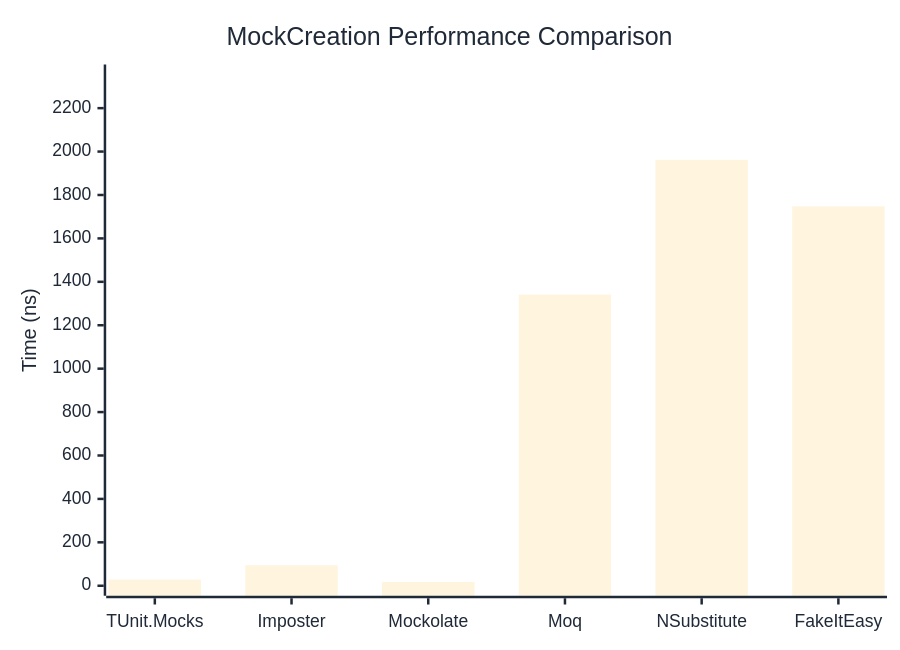
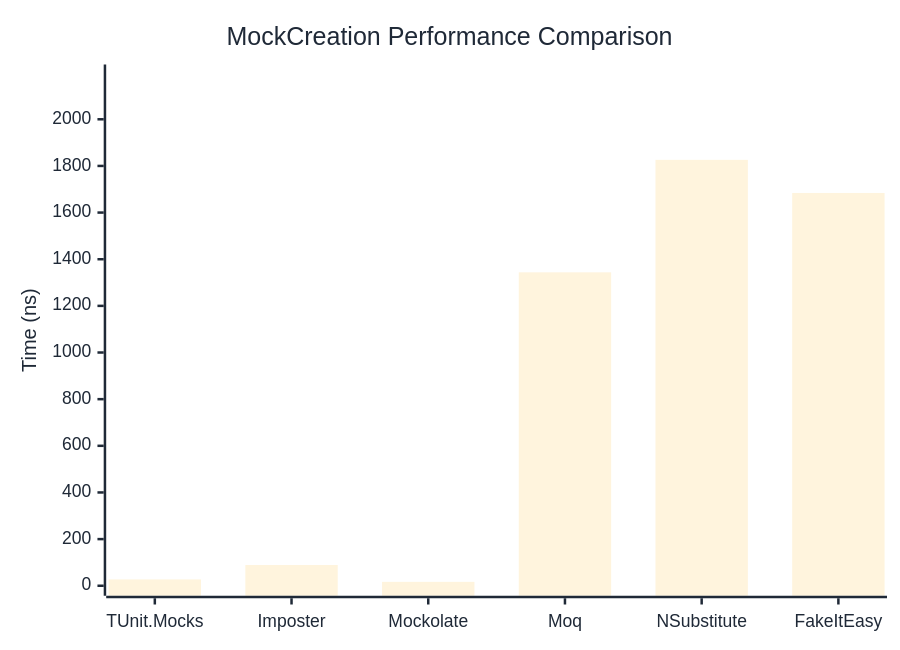
The first of 2 diagrams in docs/docs/benchmarks/mocks/MockCreation.md (thomhurst/TUnit), drawn with Mermaid before and after one commit. The commit also changed other lines of this file and 14 other files, not shown here.

````diff
--- a/docs/docs/benchmarks/mocks/MockCreation.md
+++ b/docs/docs/benchmarks/mocks/MockCreation.md
@@ -30,27 +30,27 @@
 ```mermaid
 %%{init: {
   'theme':'base',
   'themeVariables': {
     'primaryColor': '#2563eb',
     'primaryTextColor': '#1f2937',
     'primaryBorderColor': '#1e40af',
     'lineColor': '#6b7280',
     'secondaryColor': '#7c3aed',
     'tertiaryColor': '#dc2626',
     'background': '#ffffff',
     'pie1': '#2563eb',
     'pie2': '#7c3aed',
     'pie3': '#dc2626',
     'pie4': '#f59e0b',
     'pie5': '#10b981',
     'pie6': '#06b6d4',
     'pie7': '#ec4899',
     'pie8': '#6366f1'
   }
 }}%%
 xychart-beta
   title "MockCreation Performance Comparison"
   x-axis ["TUnit.Mocks", "Imposter", "Mockolate", "Moq", "NSubstitute", "FakeItEasy"]
-  y-axis "Time (ns)" 0 --> 2355
-  bar [28.14, 94.35, 17.38, 1341.16, 1961.78, 1747.42]
+  y-axis "Time (ns)" 0 --> 2192
+  bar [27.13, 88.9, 16.68, 1343.79, 1826.11, 1684.06]
 ```
````
